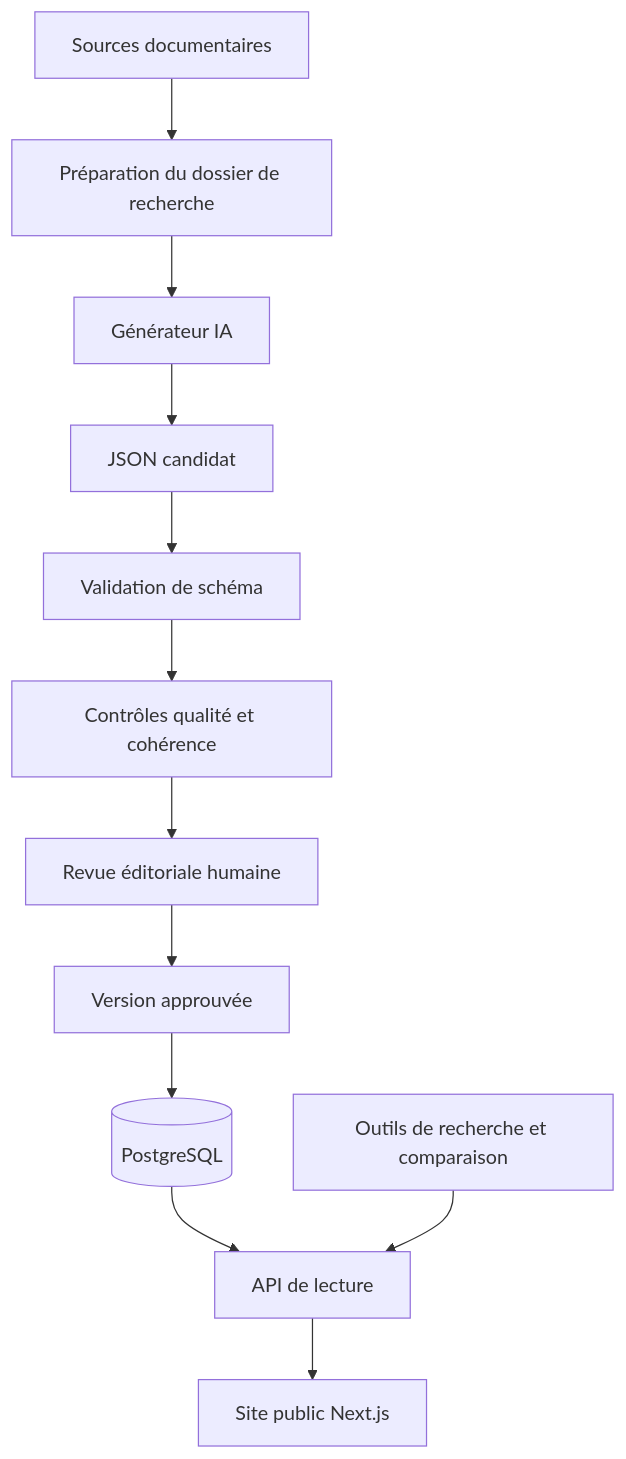
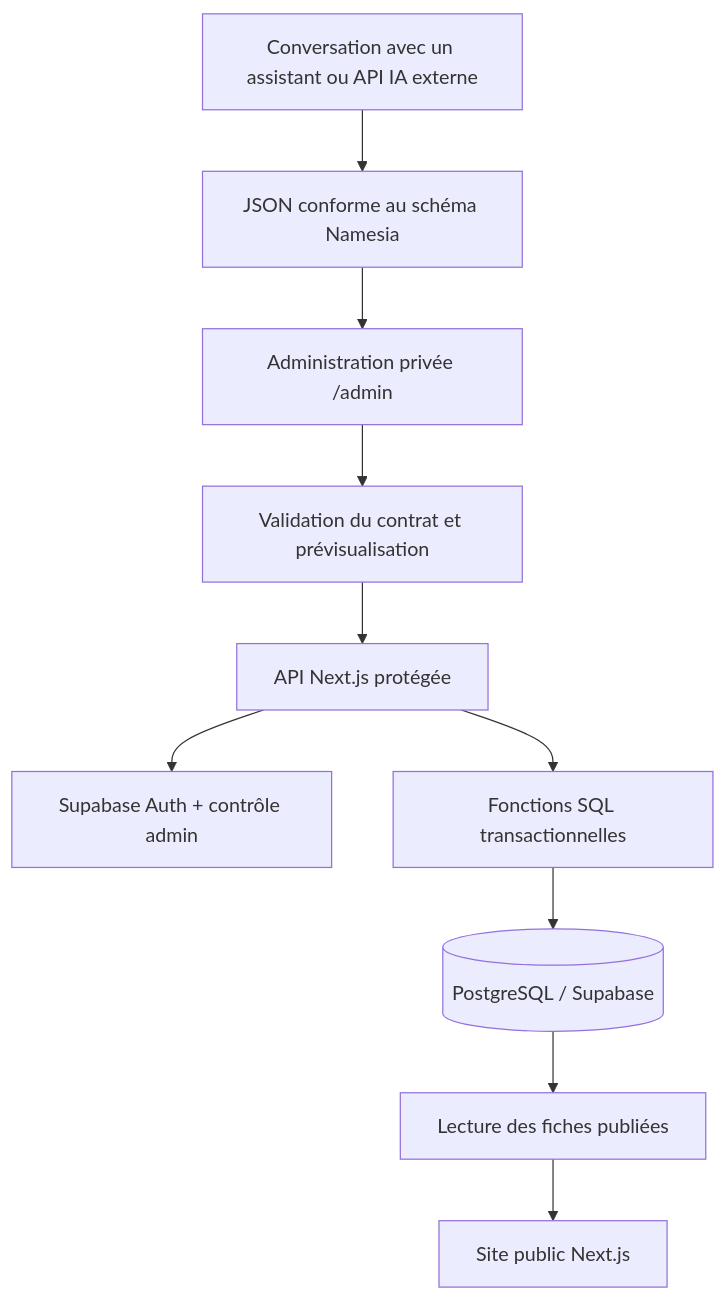
One commit to Nabouna32/Namesia changed the diagram in docs/architecture.md. Above: the diagram before and after it, drawn with Mermaid. The commit also changed other lines of this file and 34 other files, not shown here.

````diff
--- a/docs/architecture.md
+++ b/docs/architecture.md
@@ -18,14 +15,12 @@
 ```mermaid
 flowchart TD
-  A[Sources documentaires] --> B[Préparation du dossier de recherche]
-  B --> C[Générateur IA]
-  C --> D[JSON candidat]
-  D --> E[Validation de schéma]
-  E --> F[Contrôles qualité et cohérence]
-  F --> G[Revue éditoriale humaine]
-  G --> H[Version approuvée]
-  H --> I[(PostgreSQL)]
-  I --> J[API de lecture]
-  J --> K[Site public Next.js]
-  L[Outils de recherche et comparaison] --> J
+  A["Conversation avec un assistant ou API IA externe"] --> B["JSON conforme au schéma Namesia"]
+  B --> C["Administration privée /admin"]
+  C --> D["Validation du contrat et prévisualisation"]
+  D --> E["API Next.js protégée"]
+  E --> F["Supabase Auth + contrôle admin"]
+  E --> G["Fonctions SQL transactionnelles"]
+  G --> H[("PostgreSQL / Supabase")]
+  H --> I["Lecture des fiches publiées"]
+  I --> J["Site public Next.js"]
 ```
````
